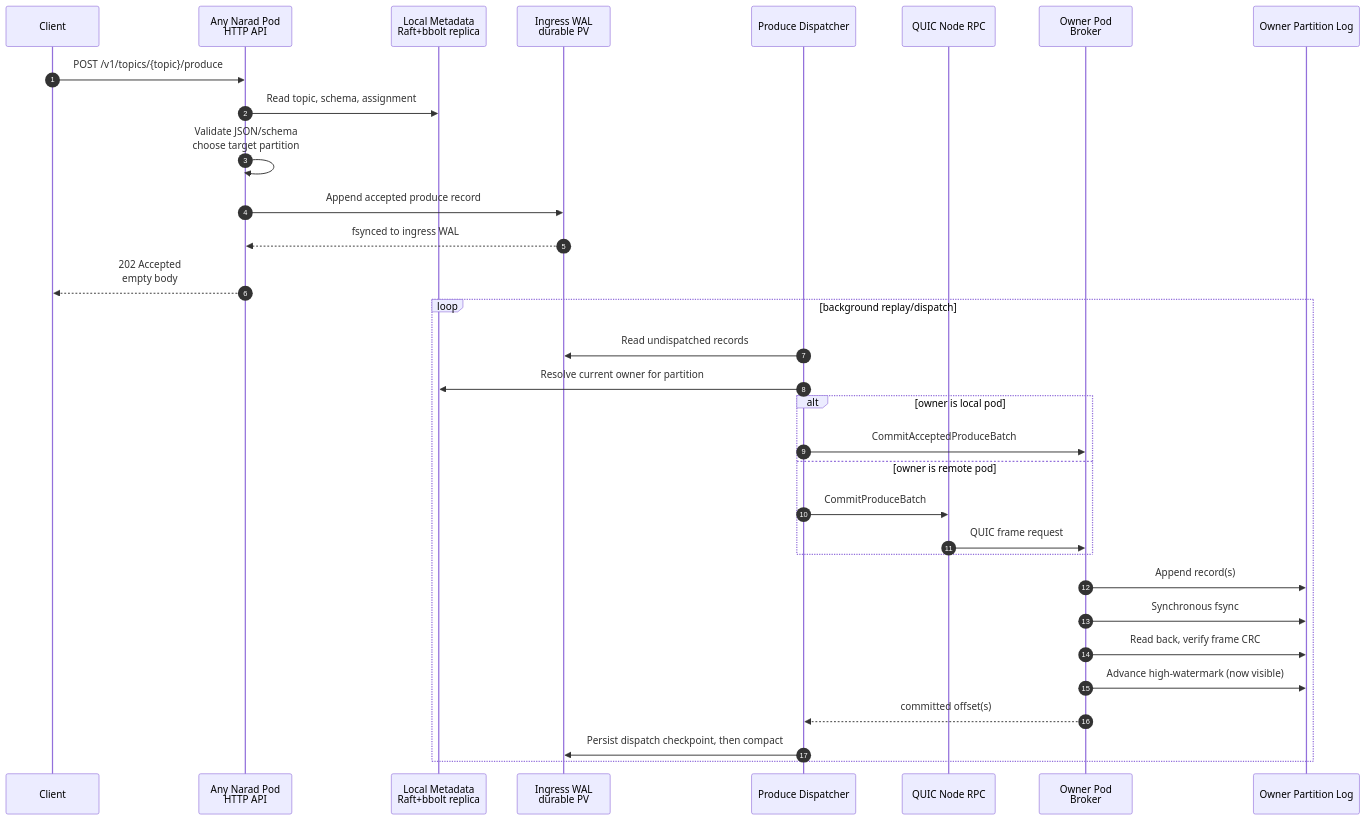
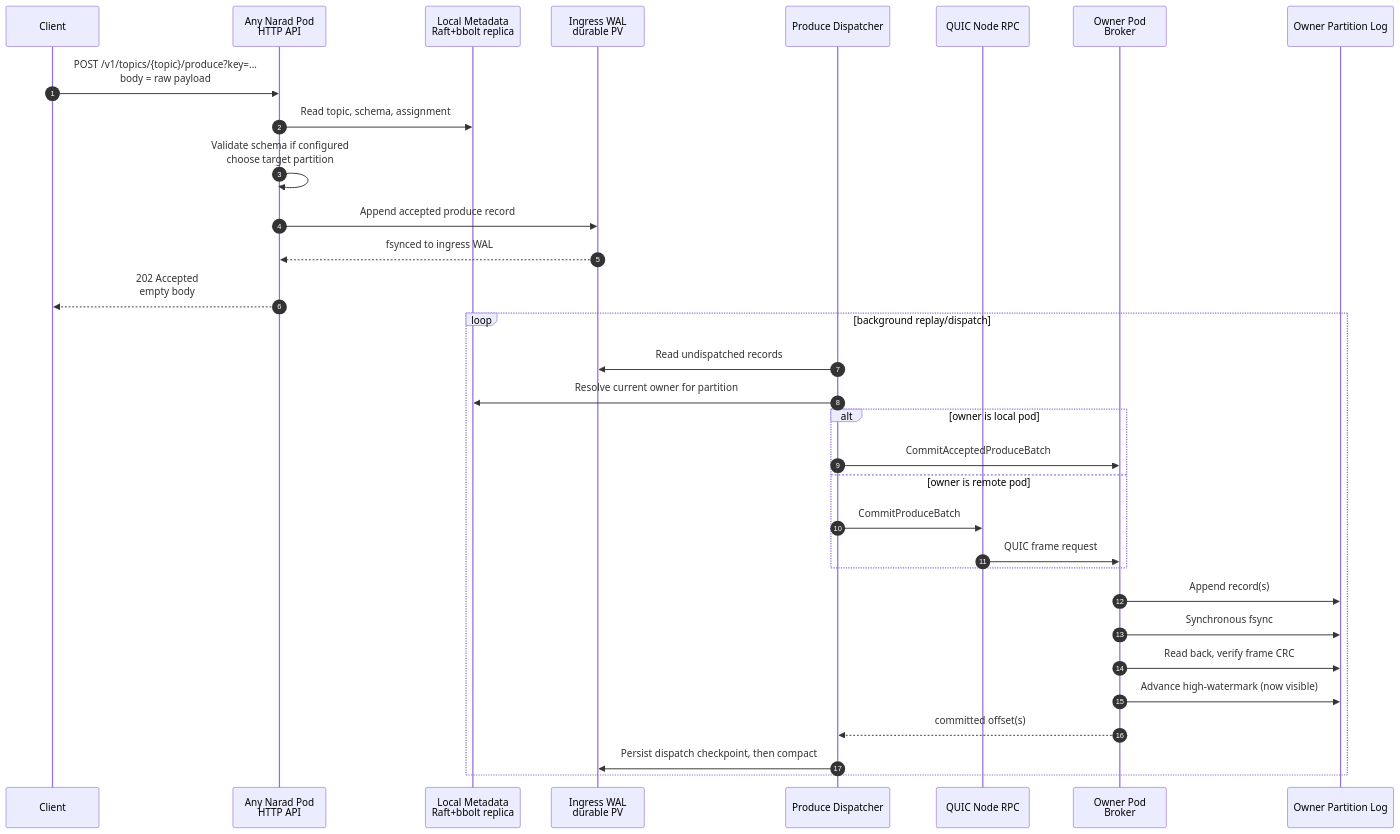
One commit to DebanganThakuria/narad changed the first of 4 diagrams in PCA_FLOWS.md. Above: the diagram before and after it, drawn with Mermaid. The commit also changed other lines of this file and 20 other files, not shown here.

Commit message:
Optimize produce hot path with raw body (#54)

````diff
--- a/PCA_FLOWS.md
+++ b/PCA_FLOWS.md
@@ -14,36 +17,36 @@
 ```mermaid
 sequenceDiagram
     autonumber
     participant C as Client
     participant API as Any Narad Pod<br/>HTTP API
     participant MS as Local Metadata<br/>Raft+bbolt replica
     participant WAL as Ingress WAL<br/>durable PV
     participant D as Produce Dispatcher
     participant Q as QUIC Node RPC
     participant O as Owner Pod<br/>Broker
     participant L as Owner Partition Log
 
-    C->>API: POST /v1/topics/{topic}/produce
+    C->>API: POST /v1/topics/{topic}/produce?key=...<br/>body = raw payload
     API->>MS: Read topic, schema, assignment
-    API->>API: Validate JSON/schema<br/>choose target partition
+    API->>API: Validate schema if configured<br/>choose target partition
     API->>WAL: Append accepted produce record
     WAL-->>API: fsynced to ingress WAL
     API-->>C: 202 Accepted<br/>empty body
 
     loop background replay/dispatch
         D->>WAL: Read undispatched records
         D->>MS: Resolve current owner for partition
         alt owner is local pod
             D->>O: CommitAcceptedProduceBatch
         else owner is remote pod
             D->>Q: CommitProduceBatch
             Q->>O: QUIC frame request
         end
         O->>L: Append record(s)
         O->>L: Synchronous fsync
         O->>L: Read back, verify frame CRC
         O->>L: Advance high-watermark (now visible)
         O-->>D: committed offset(s)
         D->>WAL: Persist dispatch checkpoint, then compact
     end
 ```
````
